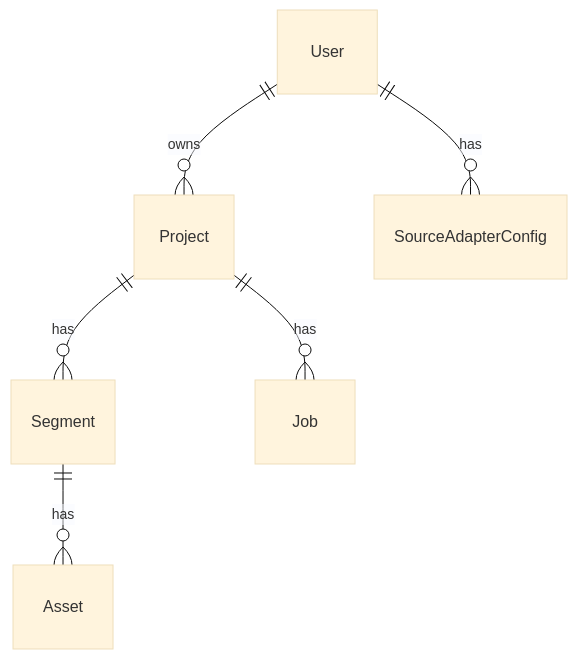
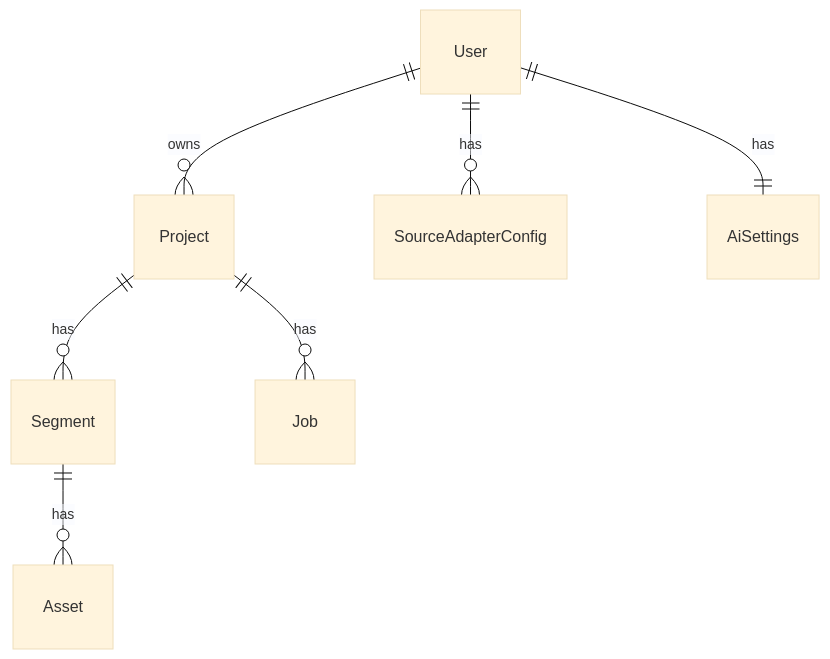
Before and after one commit to ojalatodd/natal-image-factory: the diagram in lode/backend/models.md, drawn with Mermaid (base theme). The commit also changed other lines of this file and 18 other files, not shown here.

````diff
--- a/lode/backend/models.md
+++ b/lode/backend/models.md
@@ -14,8 +15,9 @@
 ```mermaid
 erDiagram
     User ||--o{ Project : owns
     Project ||--o{ Segment : has
     Project ||--o{ Job : has
     Segment ||--o{ Asset : has
     User ||--o{ SourceAdapterConfig : has
+    User ||--|| AiSettings : has
 ```
````
